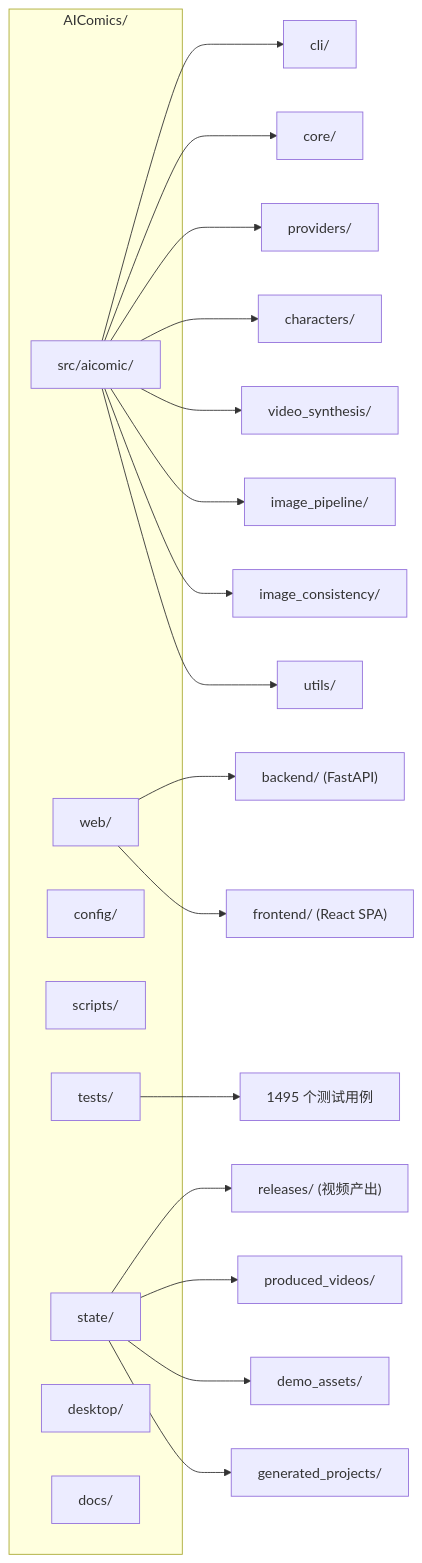
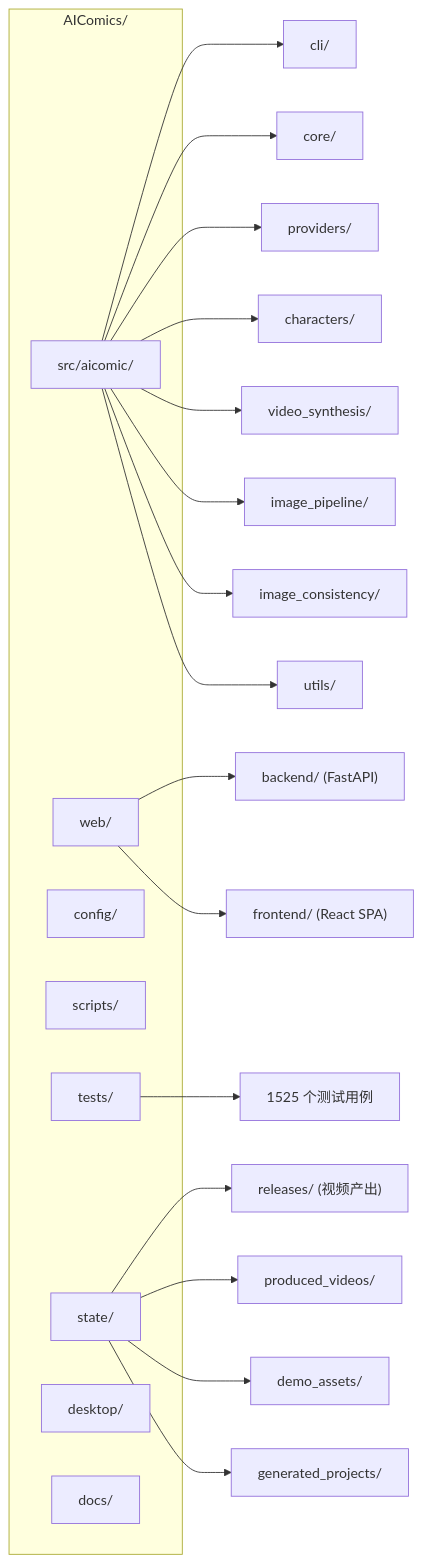
Before and after one commit to chfr19820610-cell/AIComics: the fourth of 4 diagrams in README.md, drawn with Mermaid. The commit also changed other lines of this file, not shown here.

````diff
--- a/README.md
+++ b/README.md
@@ -588,32 +623,32 @@
 ```mermaid
 graph LR
     subgraph Root["AIComics/"]
         SRC["src/aicomic/"]
         WEB["web/"]
         CFG["config/"]
         SCR["scripts/"]
         TST["tests/"]
         ST["state/"]
         DSK["desktop/"]
         DOCS["docs/"]
     end
 
     SRC --> CLI["cli/"]
     SRC --> CORE["core/"]
     SRC --> PROV2["providers/"]
     SRC --> CHAR2["characters/"]
     SRC --> VS["video_synthesis/"]
     SRC --> IMG2["image_pipeline/"]
     SRC --> IC["image_consistency/"]
     SRC --> UTL["utils/"]
 
     WEB --> BE["backend/ (FastAPI)"]
     WEB --> FE["frontend/ (React SPA)"]
 
-    TST --> T1495["1495 个测试用例"]
+    TST --> T1525["1525 个测试用例"]
 
     ST --> REL["releases/ (视频产出)"]
     ST --> PV["produced_videos/"]
     ST --> DA["demo_assets/"]
     ST --> GP["generated_projects/"]
 ```
````
